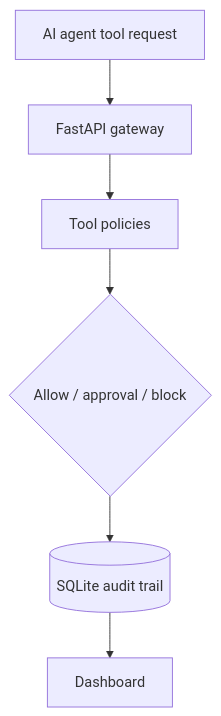
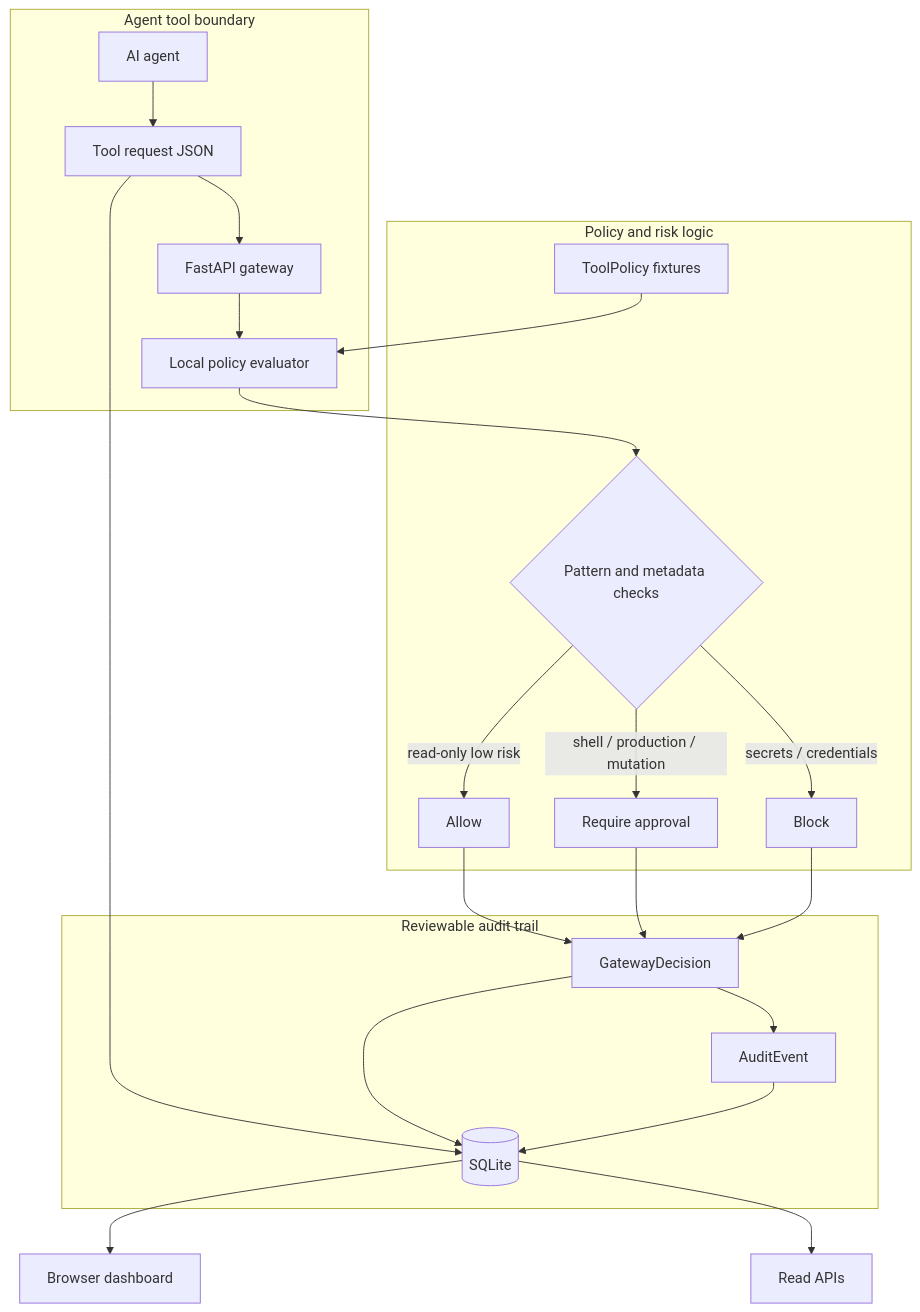
Before and after one commit to lord-dubious/mcp-security-gateway: the diagram in README.md, drawn with Mermaid. The commit also changed other lines of this file and 2 other files, not shown here.

Commit message:
docs: explain MCP policy evaluation flow

````diff
--- a/README.md
+++ b/README.md
@@ -7,8 +23,29 @@
 ```mermaid
 flowchart TB
-    Agent[AI agent tool request] --> Gateway[FastAPI gateway]
-    Gateway --> Policies[Tool policies]
-    Policies --> Decision{Allow / approval / block}
-    Decision --> Audit[(SQLite audit trail)]
-    Audit --> UI[Dashboard]
+    subgraph AgentBoundary[Agent tool boundary]
+        Agent[AI agent] --> Request[Tool request JSON]
+        Request --> API[FastAPI gateway]
+        API --> Evaluator[Local policy evaluator]
+    end
+
+    subgraph PolicyLayer[Policy and risk logic]
+        Policies[ToolPolicy fixtures] --> Evaluator
+        Evaluator --> Match{Pattern and metadata checks}
+        Match -->|read-only low risk| Allow[Allow]
+        Match -->|shell / production / mutation| Approval[Require approval]
+        Match -->|secrets / credentials| Block[Block]
+    end
+
+    subgraph Persistence[Reviewable audit trail]
+        Allow --> Decision[GatewayDecision]
+        Approval --> Decision
+        Block --> Decision
+        Decision --> Audit[AuditEvent]
+        Request --> Store[(SQLite)]
+        Decision --> Store
+        Audit --> Store
+    end
+
+    Store --> Dashboard[Browser dashboard]
+    Store --> APIRead[Read APIs]
 ```
````
